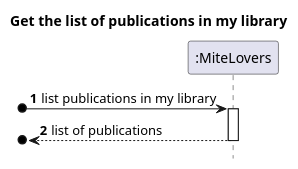
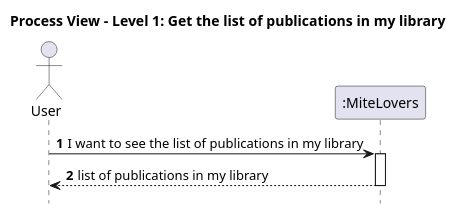
Before and after one commit to AndrePereiraGitH/SWitCH-Project-Team_A: the diagram in Diagrams/SequenceDiagrams/N1/To-get-list-of-publications.puml, drawn with PlantUML. The commit also changed 11 other files, not shown here.

Commit message:
docs #980: refactor sequence and class diagrams to reflect can* precondition changes (To_Get_List_Of_Publications_In_My_Library)

```diff
--- a/Diagrams/SequenceDiagrams/N1/To-get-list-of-publications.puml
+++ b/Diagrams/SequenceDiagrams/N1/To-get-list-of-publications.puml
@@ -1,14 +1,14 @@
 @startuml
-
 autonumber
 hide footbox
-title Get the list of publications in my library
+title Process View - Level 1: Get the list of publications in my library
 
+actor "User" as User
 participant ":MiteLovers" as System
 
-[o-> System : list publications in my library
+User -> System : I want to see the list of publications in my library
 activate System
-[o<-- System : list of publications
+System --> User : list of publications in my library
 deactivate System
 
 @enduml
```
